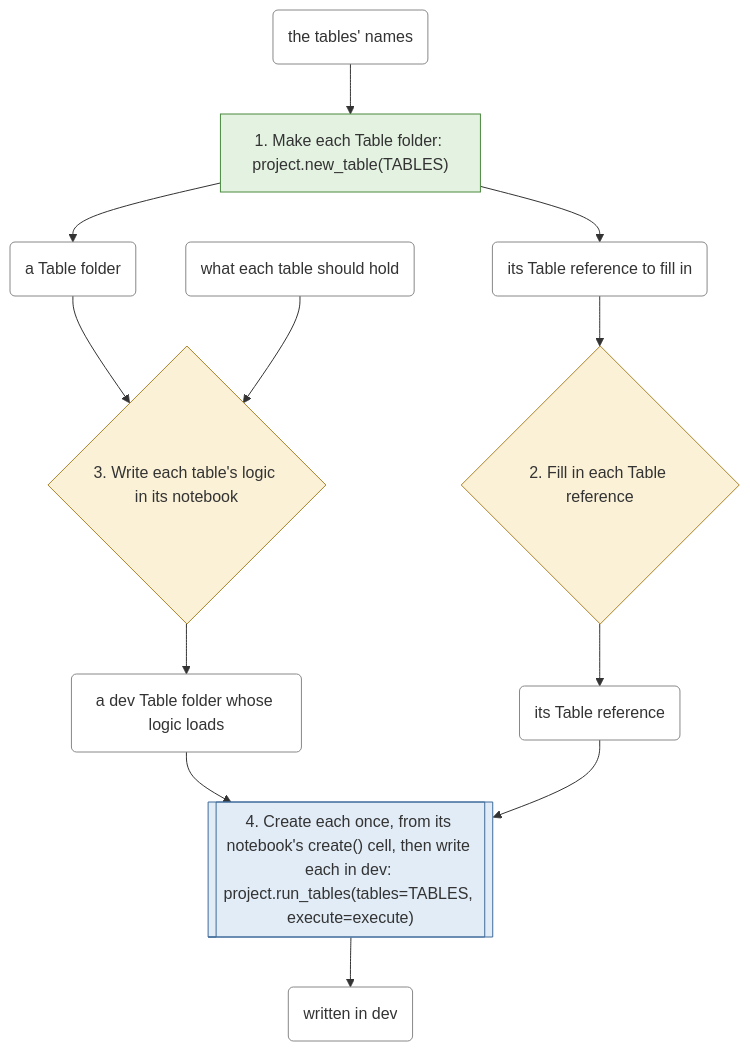
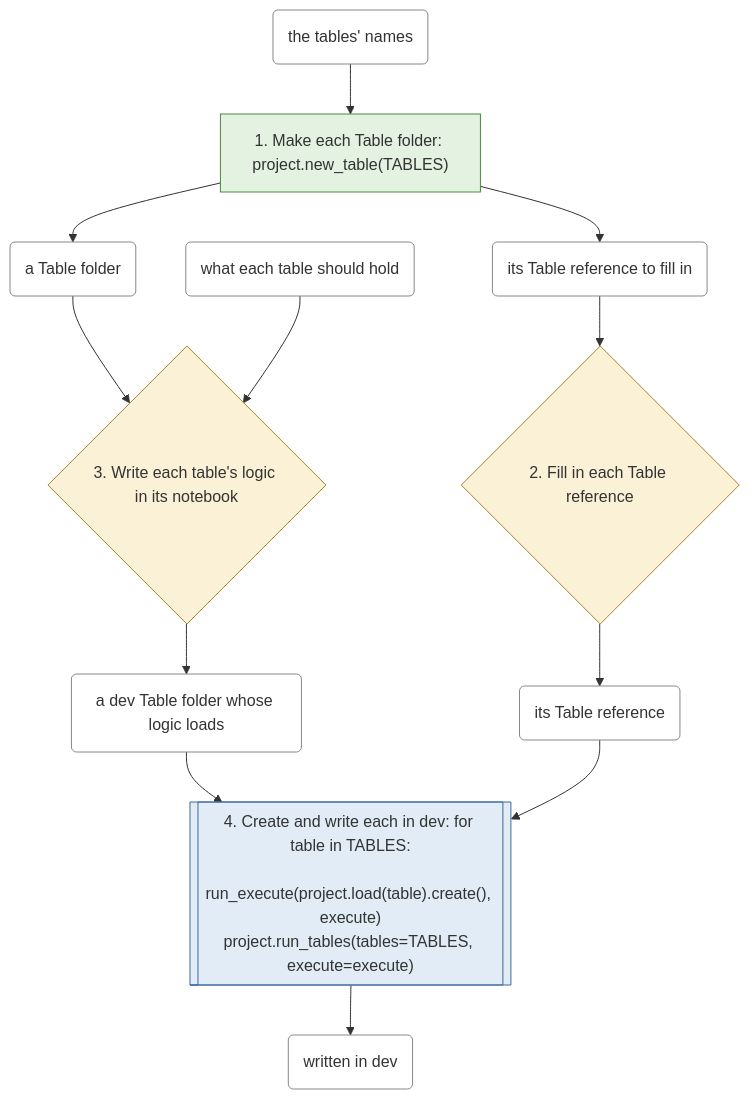
The third of 6 diagrams in docs/workflows.md (EdgyPage/SQL-Composer), drawn with Mermaid before and after one commit. The commit also changed other lines of this file and 19 other files, not shown here.

````diff
--- a/docs/workflows.md
+++ b/docs/workflows.md
@@ -121,41 +135,43 @@
 ```mermaid
 flowchart TD
     s0["1. Make each Table folder: project.new_table(TABLES)"]
     class s0 file
     t0 --> s0
     s0 --> t1
     s0 --> t2
     s1{"2. Fill in each Table reference"}
     class s1 decision
     t2 --> s1
     s1 --> t3
     s2{"3. Write each table's logic in its notebook"}
     class s2 decision
     t1 --> s2
     t4 --> s2
     s2 --> t5
-    s3[["4. Create each once, from its notebook's create() cell, then write each in dev: project.run_tables(tables=TABLES, execute=execute)"]]
+    s3[["4. Create and write each in dev: for table in TABLES:
+    run_execute(project.load(table).create(), execute)
+project.run_tables(tables=TABLES, execute=execute)"]]
     class s3 permission
     t5 --> s3
     t3 --> s3
     s3 --> t6
     t0("the tables' names")
     class t0 thing
     t1("a Table folder")
     class t1 thing
     t2("its Table reference to fill in")
     class t2 thing
     t3("its Table reference")
     class t3 thing
     t4("what each table should hold")
     class t4 thing
     t5("a dev Table folder whose logic loads")
     class t5 thing
     t6("written in dev")
     class t6 thing
     classDef file fill:#e3f2e1,stroke:#4a8a3f
     classDef permission fill:#e1ecf7,stroke:#3f6a9a
     classDef decision fill:#fbf1d6,stroke:#a8842a
     classDef fiddling fill:#f8d7d5,stroke:#b03a30
     classDef thing fill:#ffffff,stroke:#888888
 ```
````
